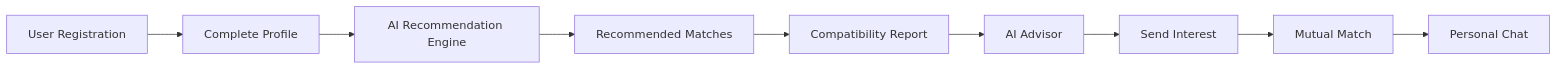
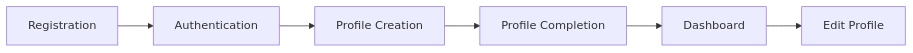
One commit to TheKanishkDev/SoulSync-AI changed the second of 21 diagrams in README.md. Above: the diagram before and after it, drawn with Mermaid. The commit also changed other lines of this file, not shown here.

````diff
--- a/README.md
+++ b/README.md
@@ -343,37 +314,25 @@
 ```mermaid
 flowchart LR
 
-A[User Registration]
+A[Registration]
 
-B[Complete Profile]
+B[Authentication]
 
-C[AI Recommendation Engine]
+C[Profile Creation]
 
-D[Recommended Matches]
+D[Profile Completion]
 
-E[Compatibility Report]
+E[Dashboard]
 
-F[AI Advisor]
-
-G[Send Interest]
-
-H[Mutual Match]
-
-I[Personal Chat]
+F[Edit Profile]
 
 A --> B
 
 B --> C
 
 C --> D
 
 D --> E
 
 E --> F
-
-F --> G
-
-G --> H
-
-H --> I
 ```
````
